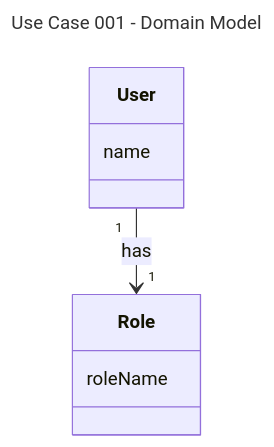
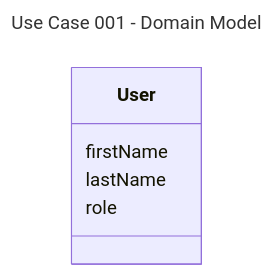
Before and after one commit to DMOoF25-TEAM11/ArlaNatureConnect: the diagram in docs/UseCase001-LoginAndRoleaccess/UC001-DomainModel.mmd, drawn with Mermaid. The commit also changed other lines of this file, not shown here.

Commit message:
Domain model opdateret

```diff
--- a/docs/UseCase001-LoginAndRoleaccess/UC001-DomainModel.mmd
+++ b/docs/UseCase001-LoginAndRoleaccess/UC001-DomainModel.mmd
@@ -1,13 +1,9 @@
 ---
 title: Use Case 001 - Domain Model
 ---
 classDiagram
     class User {
-        name
+        firstName
+        lastName
+        role
     }
-
-    class Role {
-        roleName
-    }
-
-    User "1" --> "1" Role : has
```
